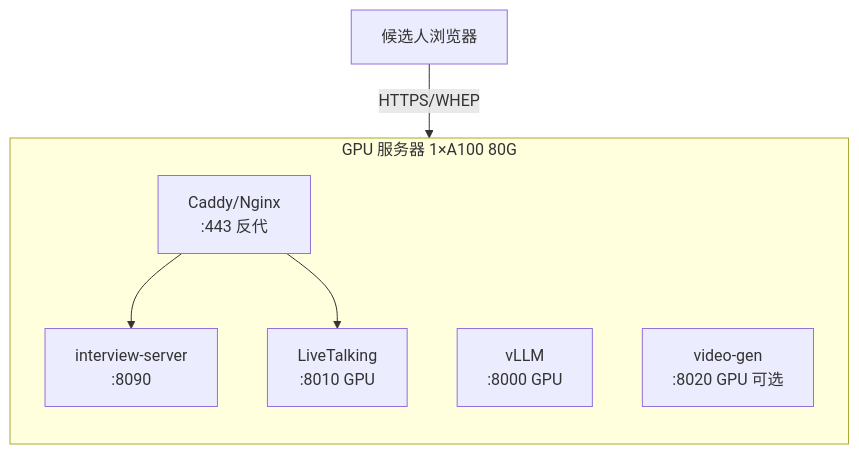
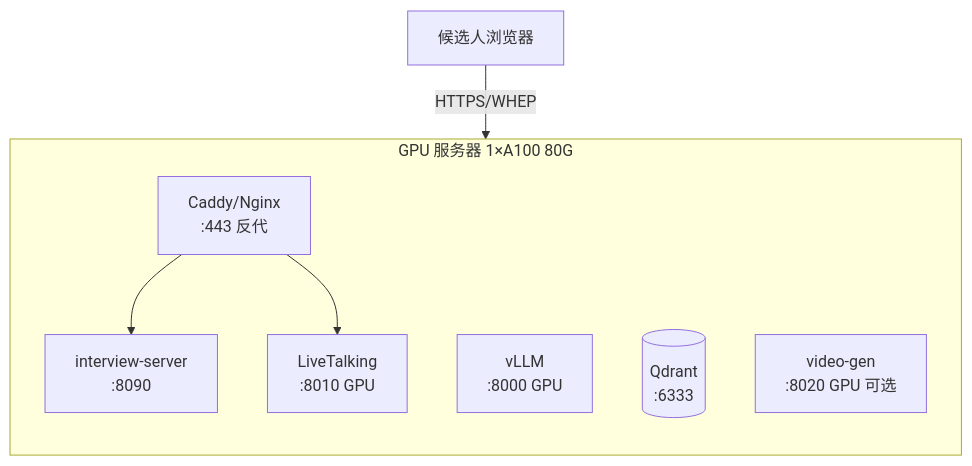
Before and after one commit to sublucky/virtual-interviewer: the tenth of 11 diagrams in ARCHITECTURE.md, drawn with Mermaid. The commit also changed other lines of this file, not shown here.

````diff
--- a/ARCHITECTURE.md
+++ b/ARCHITECTURE.md
@@ -402,14 +582,15 @@
 ```mermaid
 flowchart TB
     subgraph Host [GPU 服务器 1×A100 80G]
         direction TB
         Caddy[Caddy/Nginx<br/>:443 反代]
         App[interview-server<br/>:8090]
         LT[LiveTalking<br/>:8010 GPU]
         VLLM[vLLM<br/>:8000 GPU]
+        QD[(Qdrant<br/>:6333)]
         VG[video-gen<br/>:8020 GPU 可选]
         Caddy --> App
         Caddy --> LT
     end
     Browser[候选人浏览器] -->|HTTPS/WHEP| Caddy
 ```
````
